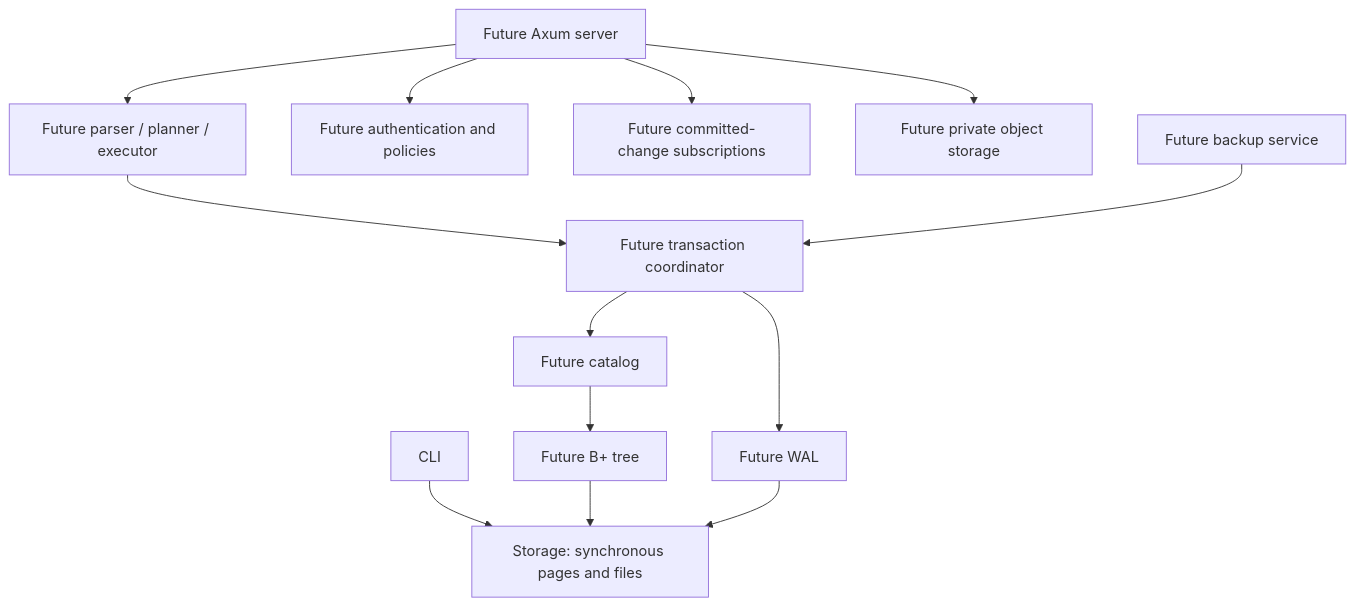
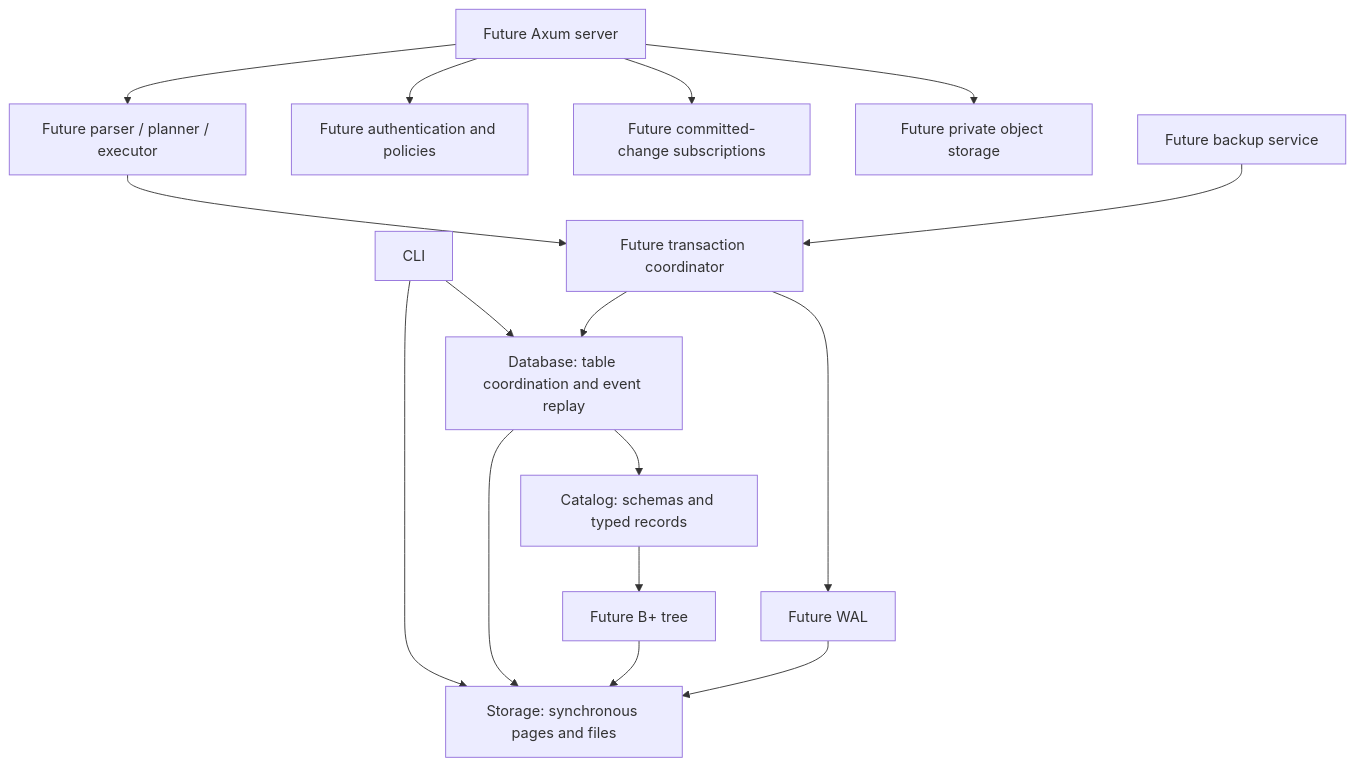
Before and after one commit to vantaeonx/EmilyBase: the diagram in docs/architecture.md, drawn with Mermaid. The commit also changed other lines of this file and 14 other files, not shown here.

Commit message:
feat(database): persist typed tables and primary-key CRUD

````diff
--- a/docs/architecture.md
+++ b/docs/architecture.md
@@ -7,15 +7,18 @@
 ```mermaid
 flowchart TD
   CLI[CLI] --> Storage[Storage: synchronous pages and files]
+  CLI --> Database[Database: table coordination and event replay]
+  Database --> Catalog[Catalog: schemas and typed records]
+  Database --> Storage
   HTTP[Future Axum server] --> Query[Future parser / planner / executor]
   Query --> Transactions[Future transaction coordinator]
   Transactions --> WAL[Future WAL]
-  Transactions --> Catalog[Future catalog]
+  Transactions --> Database
   Catalog --> Index[Future B+ tree]
   Index --> Storage
   WAL --> Storage
   HTTP --> Auth[Future authentication and policies]
   HTTP --> Realtime[Future committed-change subscriptions]
   HTTP --> Objects[Future private object storage]
   Backup[Future backup service] --> Transactions
 ```
````
